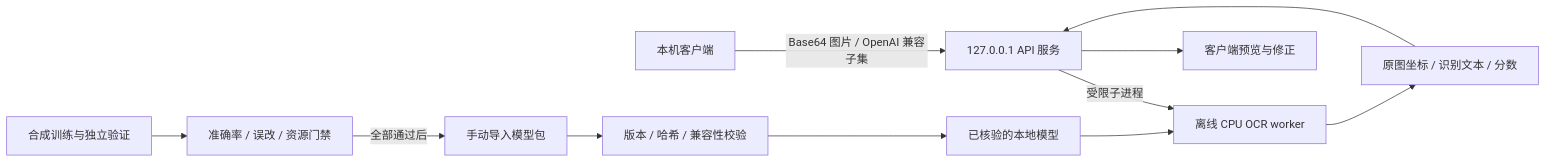
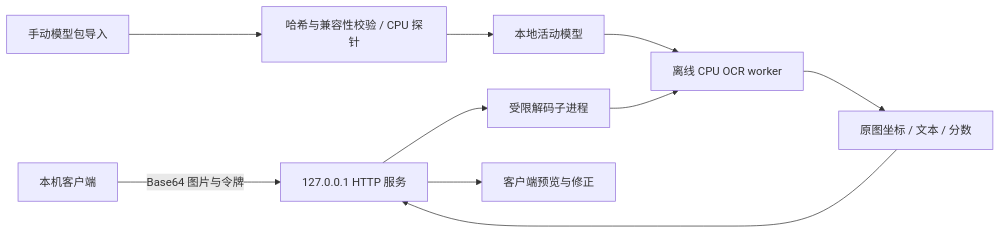
The diagram in README.md (Harendotes-Tang/LocalOCR), drawn with Mermaid before and after one commit. The commit also changed other lines of this file and 121 other files, not shown here.

````diff
--- a/README.md
+++ b/README.md
@@ -20,13 +250,12 @@
 ```mermaid
 flowchart LR
-    C[本机客户端] -->|Base64 图片 / OpenAI 兼容子集| A[127.0.0.1 API 服务]
-    A -->|受限子进程| W[离线 CPU OCR worker]
-    B[手动导入模型包] --> V[版本 / 哈希 / 兼容性校验]
-    V --> M[已核验的本地模型]
+    C[本机客户端] -->|Base64 图片与令牌| A[127.0.0.1 HTTP 服务]
+    A --> D[受限解码子进程]
+    D --> W[离线 CPU OCR worker]
+    B[手动模型包导入] --> V[哈希与兼容性校验 / CPU 探针]
+    V --> M[本地活动模型]
     M --> W
-    W --> R[原图坐标 / 识别文本 / 分数]
+    W --> R[原图坐标 / 文本 / 分数]
     R --> A
     A --> P[客户端预览与修正]
-    T[合成训练与独立验证] --> G[准确率 / 误改 / 资源门禁]
-    G -->|全部通过后| B
 ```
````
